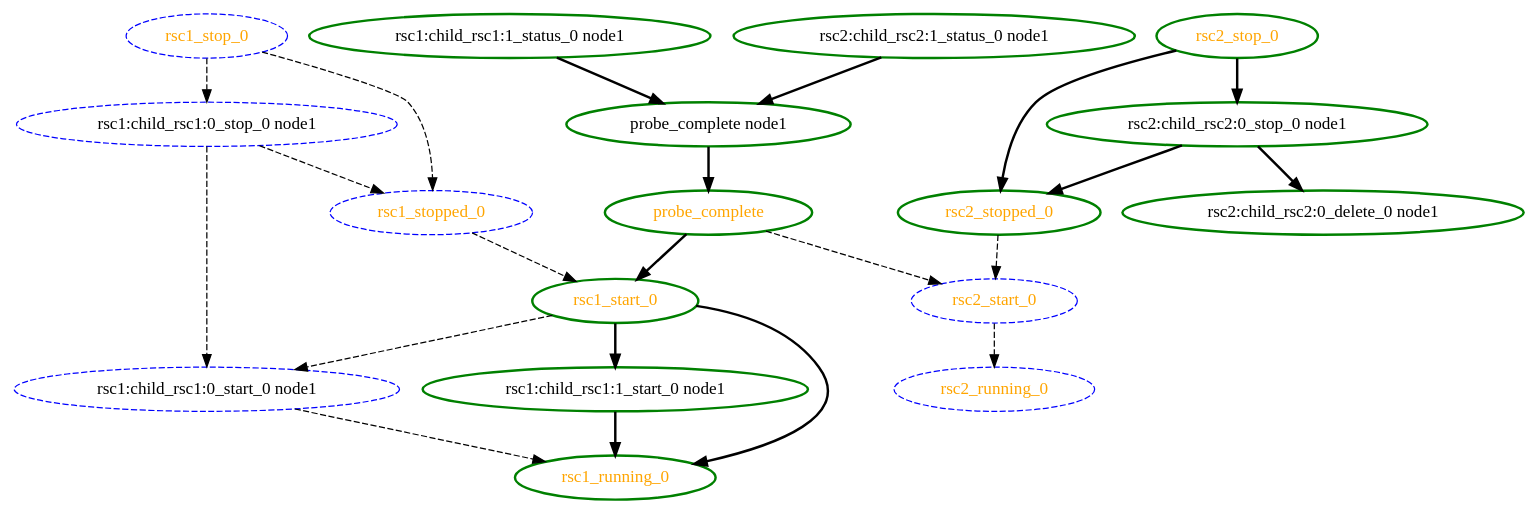
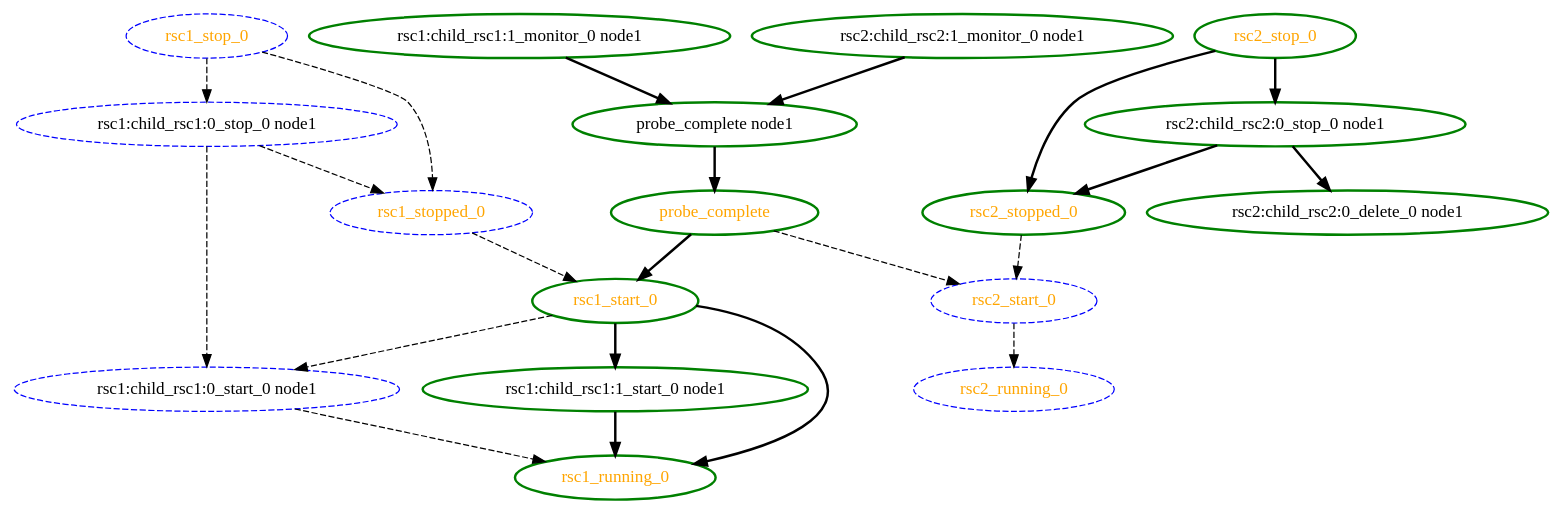
One commit to richiewen8/heartbeat changed the diagram in crm/pengine/testcases/notify-0.dot. Above: the diagram before and after it, drawn with Graphviz. The commit also changed 149 other files, not shown here.

```diff
--- a/crm/pengine/testcases/notify-0.dot
+++ b/crm/pengine/testcases/notify-0.dot
@@ -1,41 +1,41 @@
 digraph "g" {
 	size = "30,30"
 "probe_complete" [ style=bold color="green" fontcolor="orange" ]
 "probe_complete node1" [ style=bold color="green" fontcolor="black" ]
-"rsc1:child_rsc1:1_status_0 node1" [ style=bold color="green" fontcolor="black" ]
-"rsc2:child_rsc2:1_status_0 node1" [ style=bold color="green" fontcolor="black" ]
+"rsc1:child_rsc1:1_monitor_0 node1" [ style=bold color="green" fontcolor="black" ]
+"rsc2:child_rsc2:1_monitor_0 node1" [ style=bold color="green" fontcolor="black" ]
 "rsc1:child_rsc1:0_stop_0 node1" [ style="dashed" color="blue" fontcolor="black" ]
 "rsc1:child_rsc1:0_start_0 node1" [ style="dashed" color="blue" fontcolor="black" ]
 "rsc1:child_rsc1:1_start_0 node1" [ style=bold color="green" fontcolor="black" ]
 "rsc1_start_0" [ style=bold color="green" fontcolor="orange" ]
 "rsc1_running_0" [ style=bold color="green" fontcolor="orange" ]
 "rsc1_stop_0" [ style="dashed" color="blue" fontcolor="orange" ]
 "rsc1_stopped_0" [ style="dashed" color="blue" fontcolor="orange" ]
 "rsc2:child_rsc2:0_stop_0 node1" [ style=bold color="green" fontcolor="black" ]
 "rsc2:child_rsc2:0_delete_0 node1" [ style=bold color="green" fontcolor="black" ]
 "rsc2_start_0" [ style="dashed" color="blue" fontcolor="orange" ]
 "rsc2_running_0" [ style="dashed" color="blue" fontcolor="orange" ]
 "rsc2_stop_0" [ style=bold color="green" fontcolor="orange" ]
 "rsc2_stopped_0" [ style=bold color="green" fontcolor="orange" ]
 "probe_complete node1" -> "probe_complete" [ style = bold]
-"rsc1:child_rsc1:1_status_0 node1" -> "probe_complete node1" [ style = bold]
-"rsc2:child_rsc2:1_status_0 node1" -> "probe_complete node1" [ style = bold]
+"rsc1:child_rsc1:1_monitor_0 node1" -> "probe_complete node1" [ style = bold]
+"rsc2:child_rsc2:1_monitor_0 node1" -> "probe_complete node1" [ style = bold]
 "rsc1_stop_0" -> "rsc1:child_rsc1:0_stop_0 node1" [ style = dashed]
 "rsc1:child_rsc1:0_stop_0 node1" -> "rsc1:child_rsc1:0_start_0 node1" [ style = dashed]
 "rsc1_start_0" -> "rsc1:child_rsc1:0_start_0 node1" [ style = dashed]
 "rsc1_start_0" -> "rsc1:child_rsc1:1_start_0 node1" [ style = bold]
 "probe_complete" -> "rsc1_start_0" [ style = bold]
 "rsc1_stopped_0" -> "rsc1_start_0" [ style = dashed]
 "rsc1:child_rsc1:0_start_0 node1" -> "rsc1_running_0" [ style = dashed]
 "rsc1:child_rsc1:1_start_0 node1" -> "rsc1_running_0" [ style = bold]
 "rsc1_start_0" -> "rsc1_running_0" [ style = bold]
 "rsc1_stop_0" -> "rsc1_stopped_0" [ style = dashed]
 "rsc1:child_rsc1:0_stop_0 node1" -> "rsc1_stopped_0" [ style = dashed]
 "rsc2_stop_0" -> "rsc2:child_rsc2:0_stop_0 node1" [ style = bold]
 "rsc2:child_rsc2:0_stop_0 node1" -> "rsc2:child_rsc2:0_delete_0 node1" [ style = bold]
 "probe_complete" -> "rsc2_start_0" [ style = dashed]
 "rsc2_stopped_0" -> "rsc2_start_0" [ style = dashed]
 "rsc2_start_0" -> "rsc2_running_0" [ style = dashed]
 "rsc2:child_rsc2:0_stop_0 node1" -> "rsc2_stopped_0" [ style = bold]
 "rsc2_stop_0" -> "rsc2_stopped_0" [ style = bold]
 }
```
